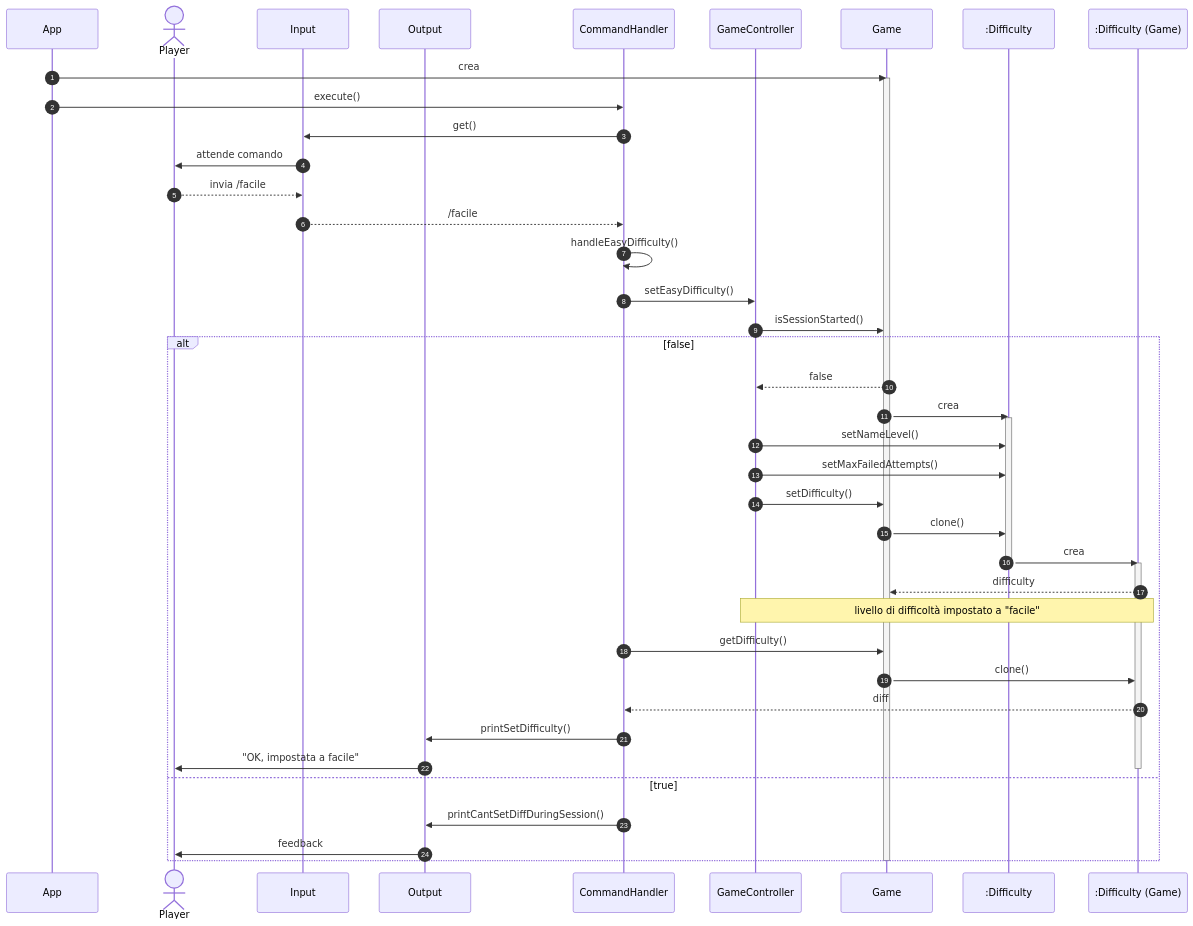
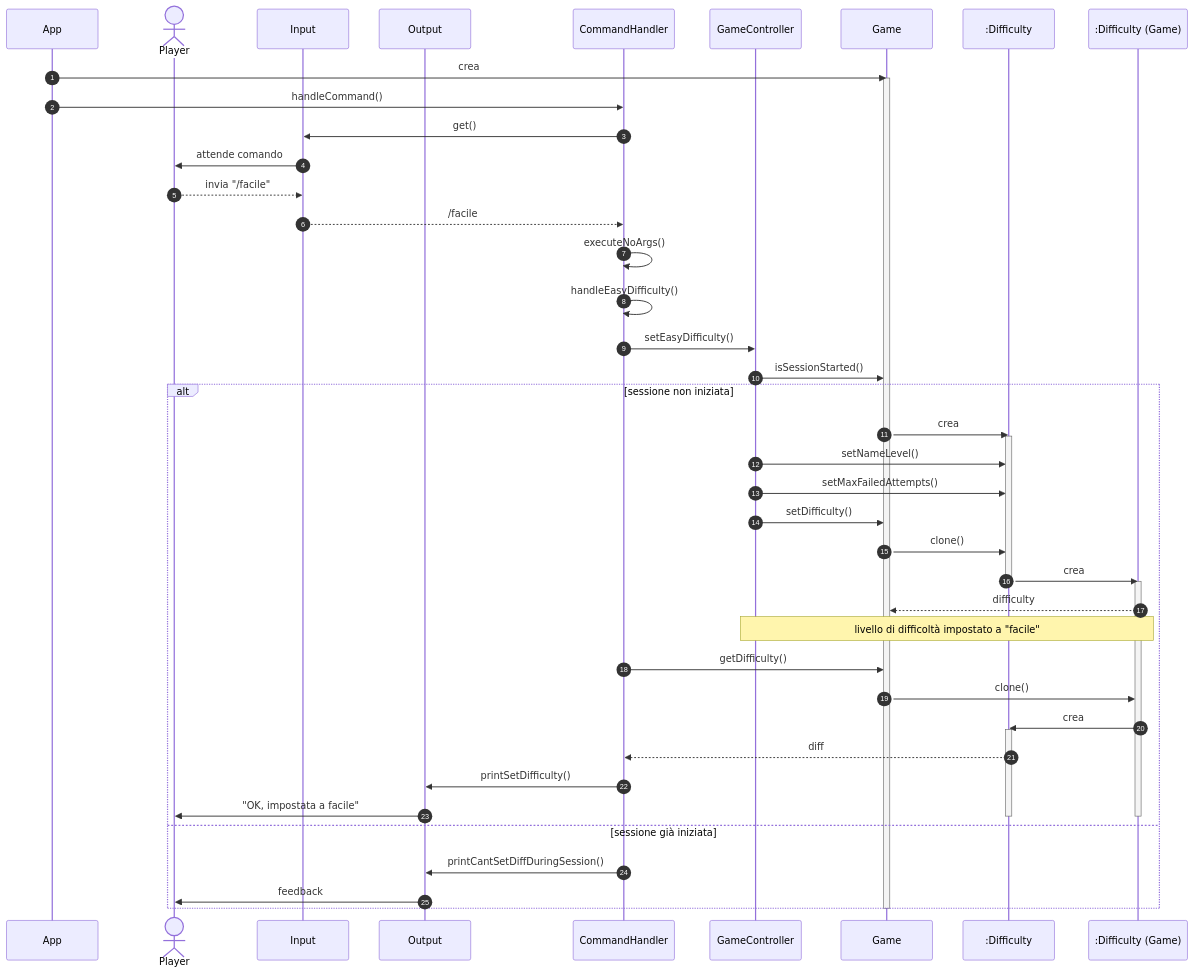
Before and after one commit to softeng2223-inf-uniba/progetto2223-thacker: the fourth of 9 diagrams in docs/Report.md, drawn with Mermaid. The commit also changed other lines of this file, not shown here.

````diff
--- a/docs/Report.md
+++ b/docs/Report.md
@@ -361,53 +367,55 @@
 ```mermaid
 sequenceDiagram
   autonumber
 
   participant App
   actor Player
   participant Input
   participant Output
   participant CH as CommandHandler
   participant GaCo as GameController
   participant Game
   participant DT as :Difficulty
   participant DG as :Difficulty (Game)
 
   App ->> Game : crea
   
   activate Game
 
-  App ->> CH: execute()
+  App ->> CH: handleCommand()
   CH ->> Input: get()
   Input ->> Player: attende comando
-  Player -->> Input: invia /facile
+  Player -->> Input: invia "/facile"
   Input -->> CH: /facile
-
+  CH ->> CH: executeNoArgs()
   CH ->> CH: handleEasyDifficulty()
   CH ->> GaCo: setEasyDifficulty()
   GaCo ->> Game: isSessionStarted()
-  alt false
-    Game -->> GaCo: false
+  alt sessione non iniziata
     Game ->> DT: crea
     activate DT
     GaCo ->> DT: setNameLevel()
     GaCo ->> DT: setMaxFailedAttempts()
     GaCo ->> Game: setDifficulty()
     Game ->> DT: clone()
     DT ->> DG: crea
     activate DG
     deactivate DT
     DG -->> Game: difficulty
     Note over GaCo, DG: livello di difficoltà impostato a "facile"
     CH ->> Game: getDifficulty()
     Game ->> DG: clone()
-    DG -->> CH: diff
+    DG ->> DT: crea
+    activate DT
+    DT -->> CH: diff
     CH ->> Output: printSetDifficulty();
     Output ->> Player: "OK, impostata a facile"
+    deactivate DT
     deactivate DG
-  else true
+  else sessione già iniziata
     CH ->> Output: printCantSetDiffDuringSession()
     Output ->> Player: feedback
   end
   deactivate Game
 
 ```
````
